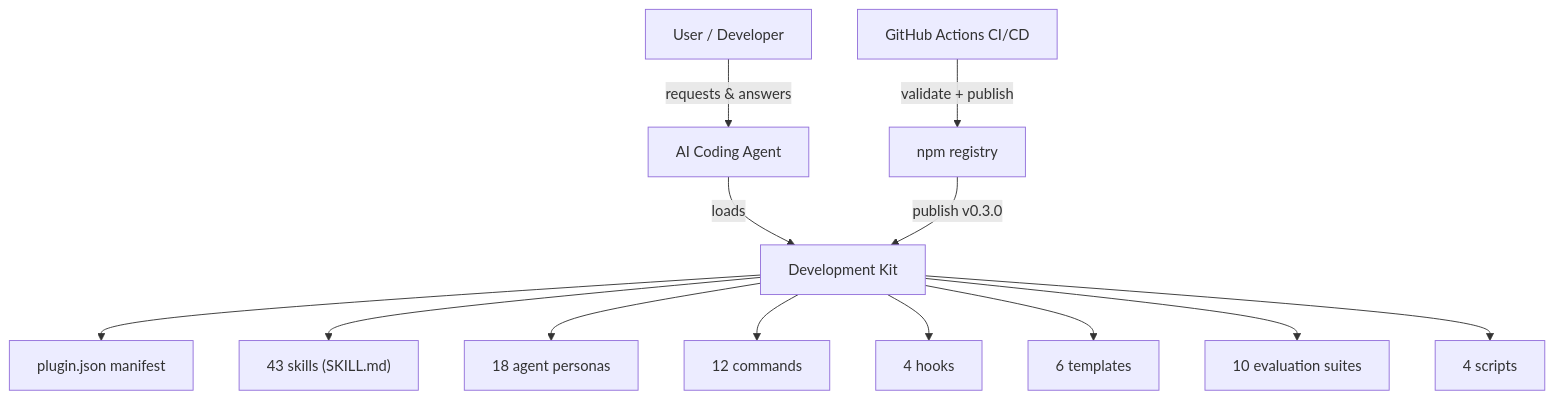
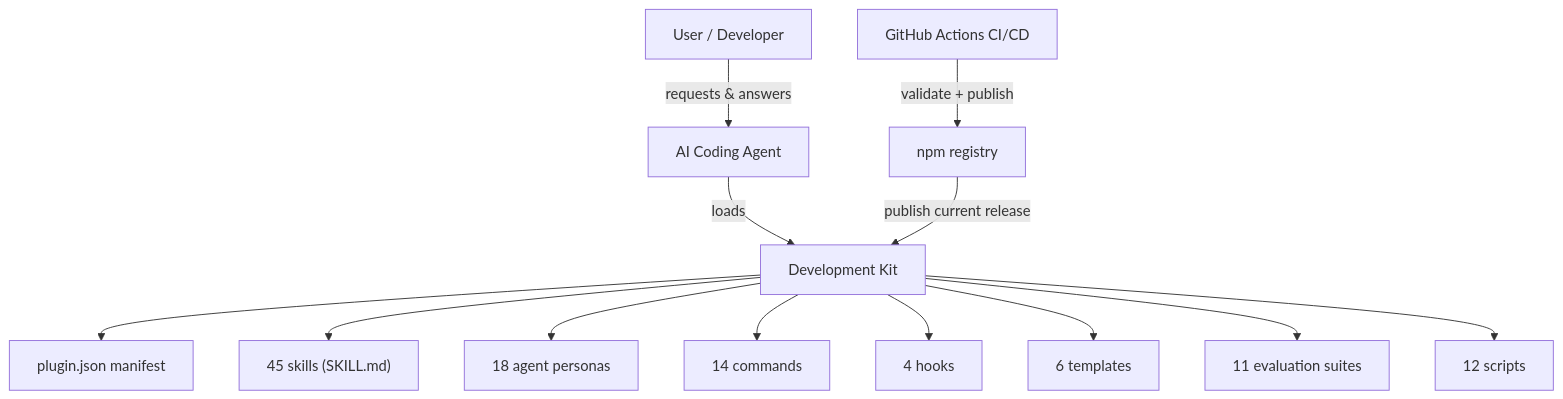
The diagram in docs/04-architecture/system-context.md (eybersjp/development-kit), drawn with Mermaid before and after one commit. The commit also changed 42 other files, not shown here.

````diff
--- a/docs/04-architecture/system-context.md
+++ b/docs/04-architecture/system-context.md
@@ -7,15 +7,15 @@
 ```mermaid
 graph TB
     U["User / Developer"] -->|"requests & answers"| A["AI Coding Agent"]
     A -->|"loads"| DK["Development Kit"]
     DK --> P["plugin.json manifest"]
-    DK --> SK["43 skills (SKILL.md)"]
+    DK --> SK["45 skills (SKILL.md)"]
     DK --> AG["18 agent personas"]
-    DK --> CM["12 commands"]
+    DK --> CM["14 commands"]
     DK --> HK["4 hooks"]
     DK --> TP["6 templates"]
-    DK --> EV["10 evaluation suites"]
-    DK --> SC["4 scripts"]
-    NPM["npm registry"] -->|"publish v0.3.0"| DK
+    DK --> EV["11 evaluation suites"]
+    DK --> SC["12 scripts"]
+    NPM["npm registry"] -->|"publish current release"| DK
     GH["GitHub Actions CI/CD"] -->|"validate + publish"| NPM
 ```
````
